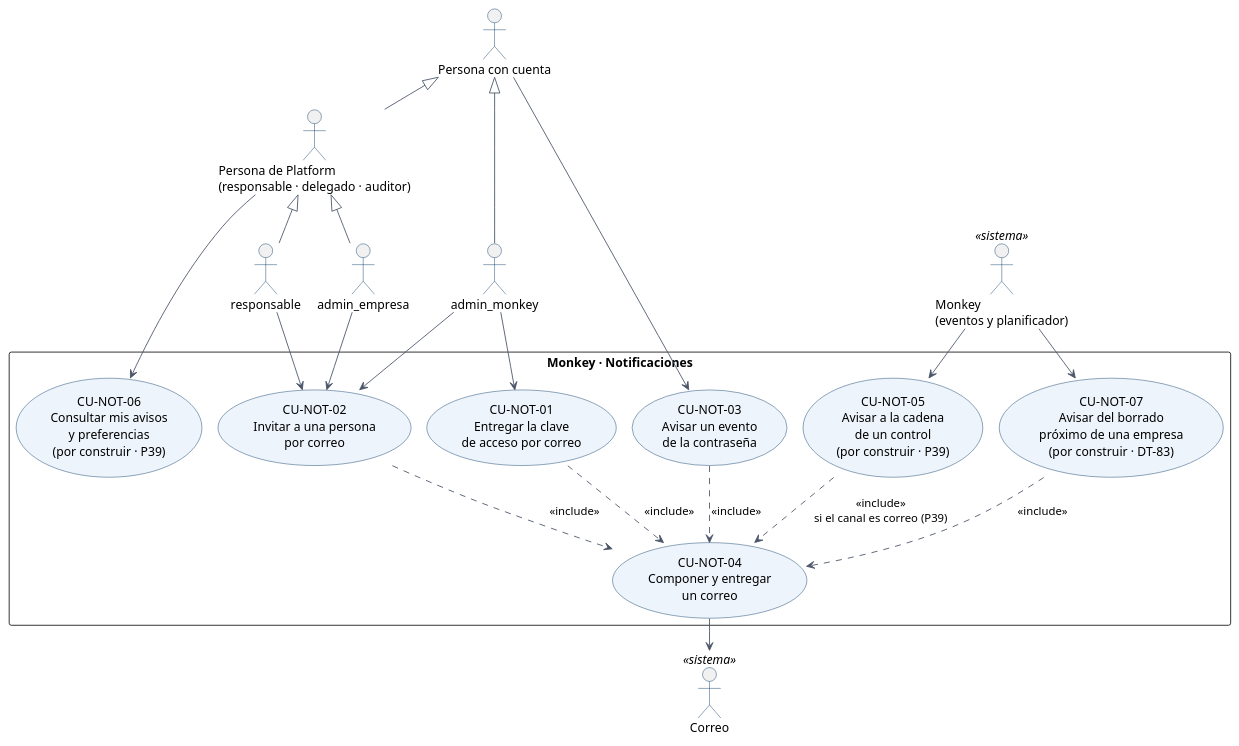
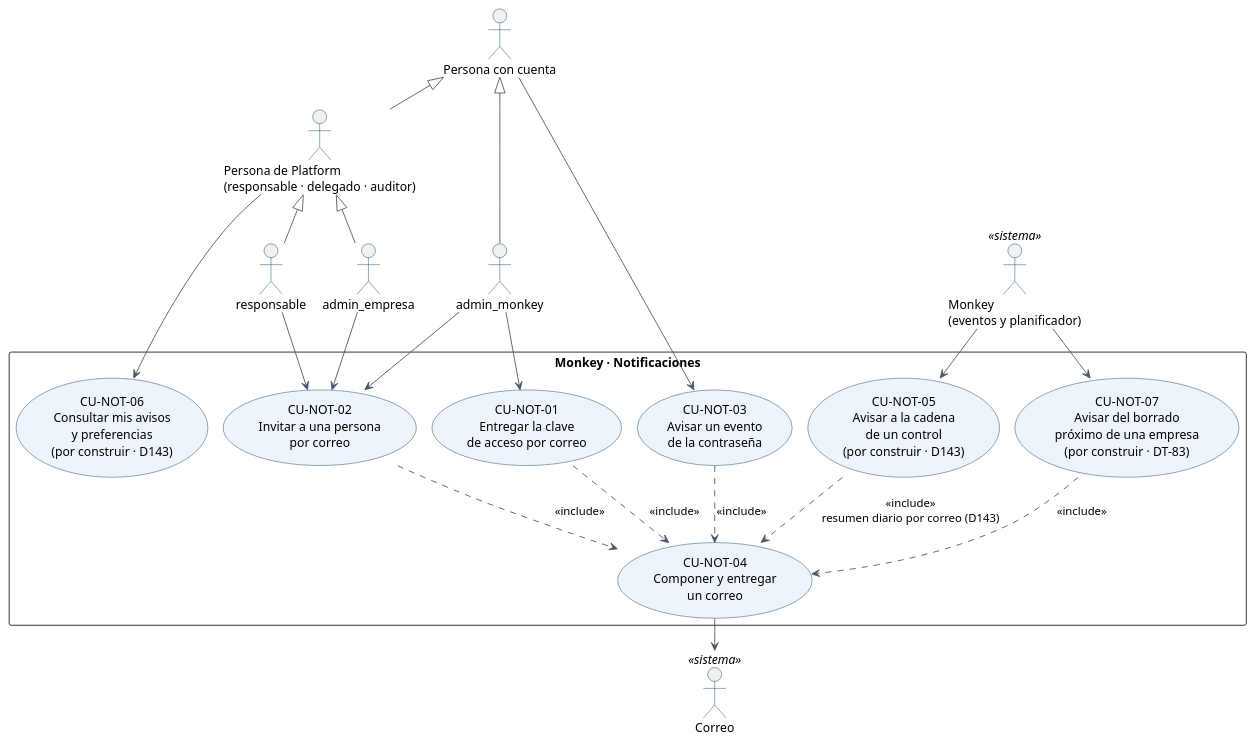
Before and after one commit to Monkey-GRC/Monkey-Brain-IA: the diagram in skills/product/monkey-compliance-council/references/arquitectura/notificaciones/05-casos-de-uso.puml, drawn with PlantUML. The commit also changed 53 other files, not shown here.

```diff
--- a/skills/product/monkey-compliance-council/references/arquitectura/notificaciones/05-casos-de-uso.puml
+++ b/skills/product/monkey-compliance-council/references/arquitectura/notificaciones/05-casos-de-uso.puml
@@ -1,57 +1,57 @@
 @startuml
 ' Diagrama UML de casos de uso de Notificaciones. Fuente: 05-casos-de-uso.md (cada óvalo es un CU-NOT-nn).
 ' Se genera con skills/process/monkey-docs/scripts/render-uml.sh → 05-casos-de-uso.svg. No editar el SVG a mano.
-' Los casos marcados «por construir» dependen de P39 (abierta) o de DT-83.
+' Los casos marcados «por construir» están decididos (D138, D143) o dependen de DT-83.
 !pragma layout smetana
 top to bottom direction
 skinparam shadowing false
 skinparam defaultFontName Helvetica
 skinparam packageStyle rectangle
 skinparam ArrowColor #4A5568
 skinparam usecase {
   BackgroundColor #EEF4FB
   BorderColor #013362
 }
 skinparam actor {
   BorderColor #013362
 }
 
 actor "Persona con cuenta" as ConCuenta
 actor "Persona de Platform\n(responsable · delegado · auditor)" as Persona
 actor "responsable" as Responsable
 actor "admin_empresa" as AdminEmpresa
 actor "admin_monkey" as AdminMonkey
 actor "Monkey\n(eventos y planificador)" as Reloj <<sistema>>
 actor "Correo" as Correo <<sistema>>
 
 Persona -up-|> ConCuenta
 Responsable -up-|> Persona
 AdminEmpresa -up-|> Persona
 AdminMonkey -up-|> ConCuenta
 
 rectangle "Monkey · Notificaciones" {
   usecase "CU-NOT-01\nEntregar la clave\nde acceso por correo" as CU1
   usecase "CU-NOT-02\nInvitar a una persona\npor correo" as CU2
   usecase "CU-NOT-03\nAvisar un evento\nde la contraseña" as CU3
   usecase "CU-NOT-04\nComponer y entregar\nun correo" as CU4
-  usecase "CU-NOT-05\nAvisar a la cadena\nde un control\n(por construir · P39)" as CU5
-  usecase "CU-NOT-06\nConsultar mis avisos\ny preferencias\n(por construir · P39)" as CU6
+  usecase "CU-NOT-05\nAvisar a la cadena\nde un control\n(por construir · D143)" as CU5
+  usecase "CU-NOT-06\nConsultar mis avisos\ny preferencias\n(por construir · D143)" as CU6
   usecase "CU-NOT-07\nAvisar del borrado\npróximo de una empresa\n(por construir · DT-83)" as CU7
 }
 
 AdminMonkey --> CU1
 AdminMonkey --> CU2
 Responsable --> CU2
 AdminEmpresa --> CU2
 ConCuenta --> CU3
 Persona --> CU6
 Reloj --> CU5
 Reloj --> CU7
 CU4 --> Correo
 
 CU1 ..> CU4 : <<include>>
 CU2 ..> CU4 : <<include>>
 CU3 ..> CU4 : <<include>>
 CU7 ..> CU4 : <<include>>
-CU5 ..> CU4 : <<include>>\nsi el canal es correo (P39)
+CU5 ..> CU4 : <<include>>\nresumen diario por correo (D143)
 @enduml
```
